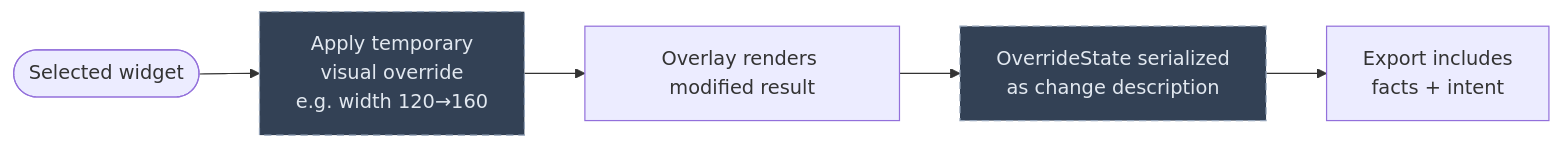
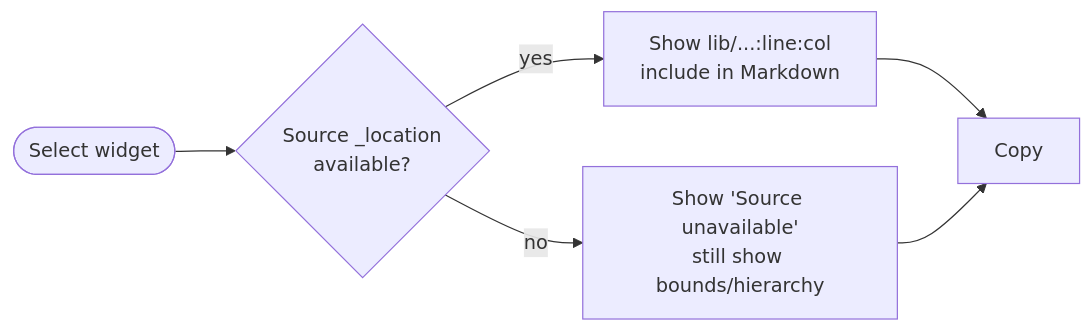
One commit to aditya452007/Flutter_Agentation changed the sixth of 9 diagrams in context/flow.md. Above: the diagram before and after it, drawn with Mermaid. The commit also changed other lines of this file and 7 other files, not shown here.

````diff
--- a/context/flow.md
+++ b/context/flow.md
@@ -113,9 +120,8 @@
 ```mermaid
 flowchart LR
-    A([Selected widget]) --> B[Apply temporary<br/>visual override<br/>e.g. width 120→160]
-    B --> C[Overlay renders modified result]
-    C --> D[OverrideState serialized<br/>as change description]
-    D --> E[Export includes<br/>facts + intent]
-    style B fill:#334155,stroke:#94a3b8,stroke-dasharray: 6 4,color:#e2e8f0
-    style D fill:#334155,stroke:#94a3b8,stroke-dasharray: 6 4,color:#e2e8f0
+    A([Select widget]) --> B{Source _location<br/>available?}
+    B -- yes --> C[Show lib/...:line:col<br/>include in Markdown]
+    B -- no --> D[Show 'Source unavailable'<br/>still show bounds/hierarchy]
+    C --> E[Copy]
+    D --> E
 ```
````
